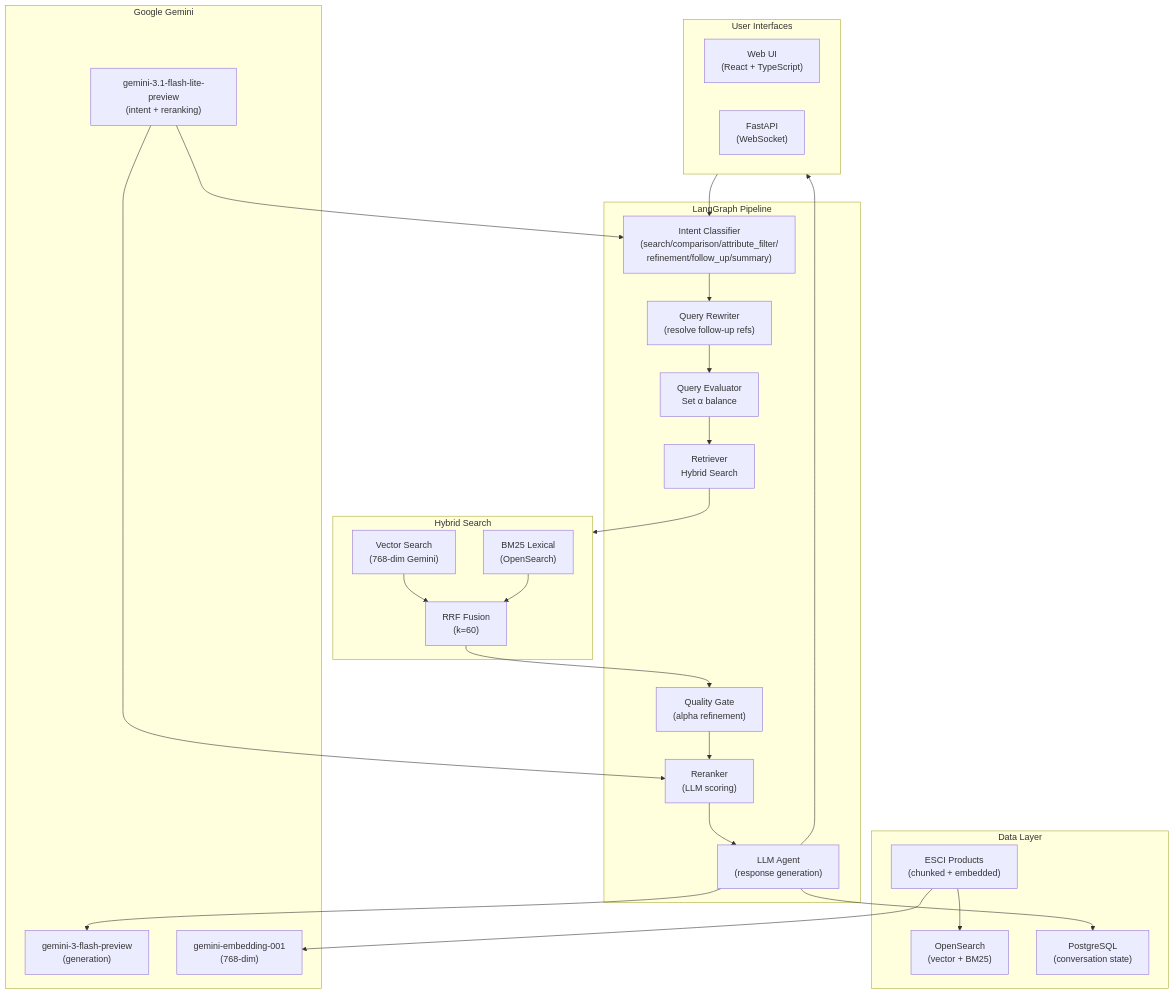
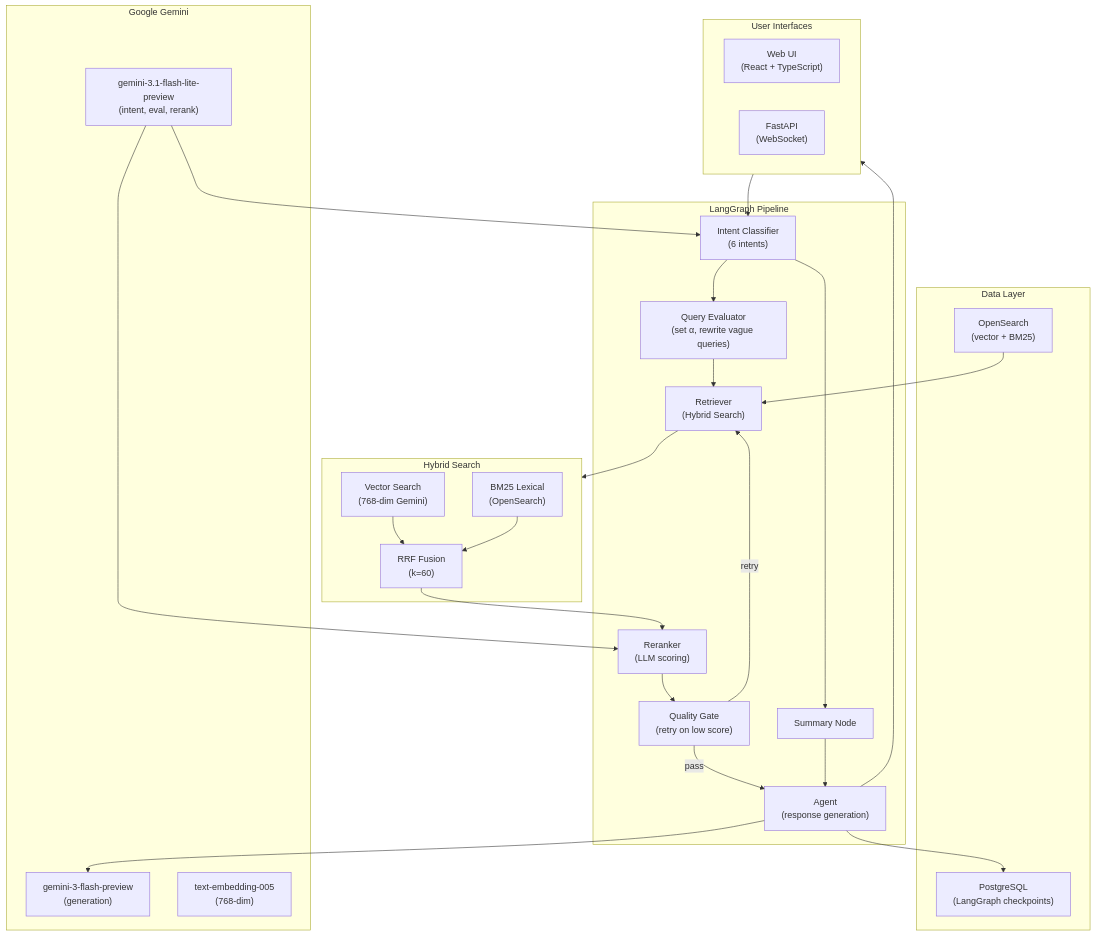
One commit to kmwtechnology/agentic-hybrid-search changed the diagram in README.md. Above: the diagram before and after it, drawn with Mermaid. The commit also changed other lines of this file and 3 other files, not shown here.

````diff
--- a/README.md
+++ b/README.md
@@ -46,53 +49,53 @@
 ```mermaid
 flowchart TB
     subgraph UI["User Interfaces"]
         WEB["Web UI<br/>(React + TypeScript)"]
         API["FastAPI<br/>(WebSocket)"]
     end
 
     subgraph Pipeline["LangGraph Pipeline"]
-        IC["Intent Classifier<br/>(search/comparison/attribute_filter/<br/>refinement/follow_up/summary)"]
-        QR["Query Rewriter<br/>(resolve follow-up refs)"]
-        QE["Query Evaluator<br/>Set α balance"]
-        RET["Retriever<br/>Hybrid Search"]
-        REFINE["Quality Gate<br/>(alpha refinement)"]
+        IC["Intent Classifier<br/>(6 intents)"]
+        QE["Query Evaluator<br/>(set α, rewrite vague queries)"]
+        RET["Retriever<br/>(Hybrid Search)"]
         RERANK["Reranker<br/>(LLM scoring)"]
-        AGENT["LLM Agent<br/>(response generation)"]
+        QG["Quality Gate<br/>(retry on low score)"]
+        SUM["Summary Node"]
+        AGENT["Agent<br/>(response generation)"]
     end
 
     subgraph Search["Hybrid Search"]
         VS["Vector Search<br/>(768-dim Gemini)"]
         BM25["BM25 Lexical<br/>(OpenSearch)"]
         RRF["RRF Fusion<br/>(k=60)"]
     end
 
     subgraph Storage["Data Layer"]
-        PRODUCTS["ESCI Products<br/>(chunked + embedded)"]
         IDX["OpenSearch<br/>(vector + BM25)"]
-        CHECKPOINTS["PostgreSQL<br/>(conversation state)"]
+        CHK["PostgreSQL<br/>(LangGraph checkpoints)"]
     end
 
     subgraph GoogleAI["Google Gemini"]
         LLM["gemini-3-flash-preview<br/>(generation)"]
-        CLASSIFIER["gemini-3.1-flash-lite-preview<br/>(intent + reranking)"]
-        EMB["gemini-embedding-001<br/>(768-dim)"]
+        CLASSIFIER["gemini-3.1-flash-lite-preview<br/>(intent, eval, rerank)"]
+        EMB["text-embedding-005<br/>(768-dim)"]
     end
 
     UI --> IC
-    IC --> QR
-    QR --> QE
+    IC --> QE
+    IC --> SUM
     QE --> RET
     RET --> Search
     VS --> RRF
     BM25 --> RRF
-    RRF --> REFINE
-    REFINE --> RERANK
-    RERANK --> AGENT
+    RRF --> RERANK
+    RERANK --> QG
+    QG -->|retry| RET
+    QG -->|pass| AGENT
+    SUM --> AGENT
     AGENT --> LLM
     AGENT --> UI
-    PRODUCTS --> IDX
-    PRODUCTS --> EMB
-    AGENT --> CHECKPOINTS
+    AGENT --> CHK
+    IDX --> RET
     CLASSIFIER --> IC
     CLASSIFIER --> RERANK
 ```
````
